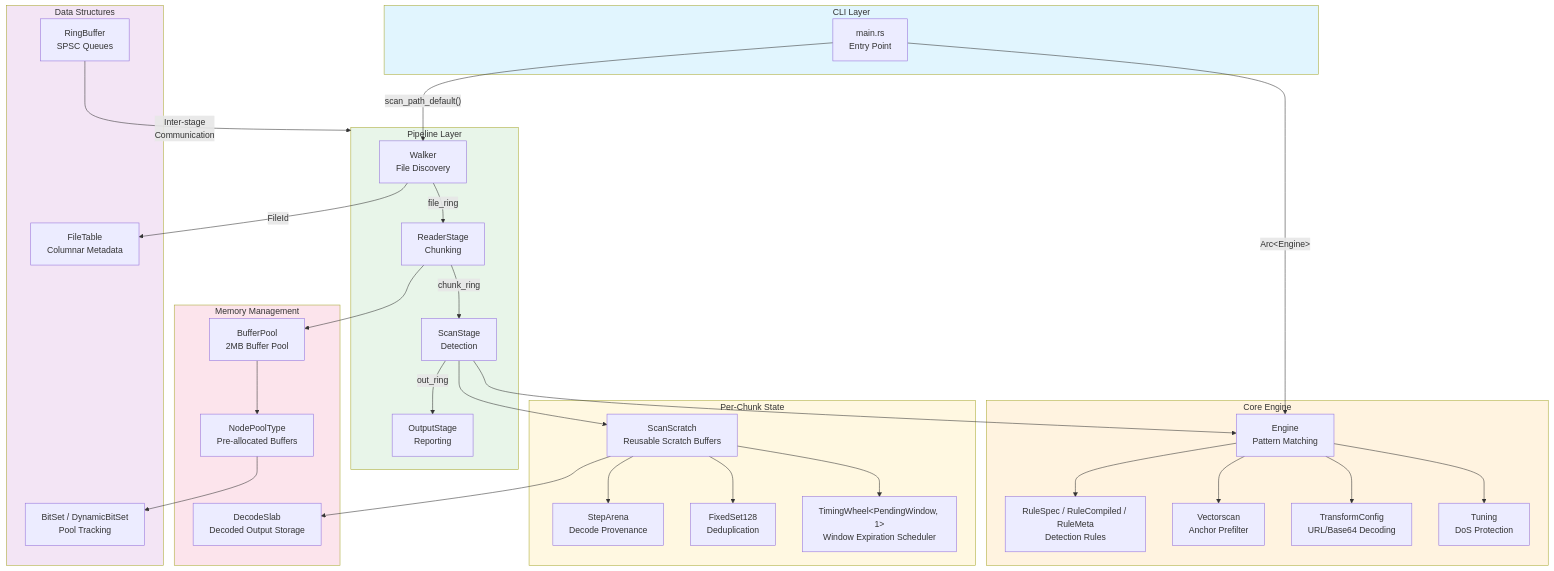
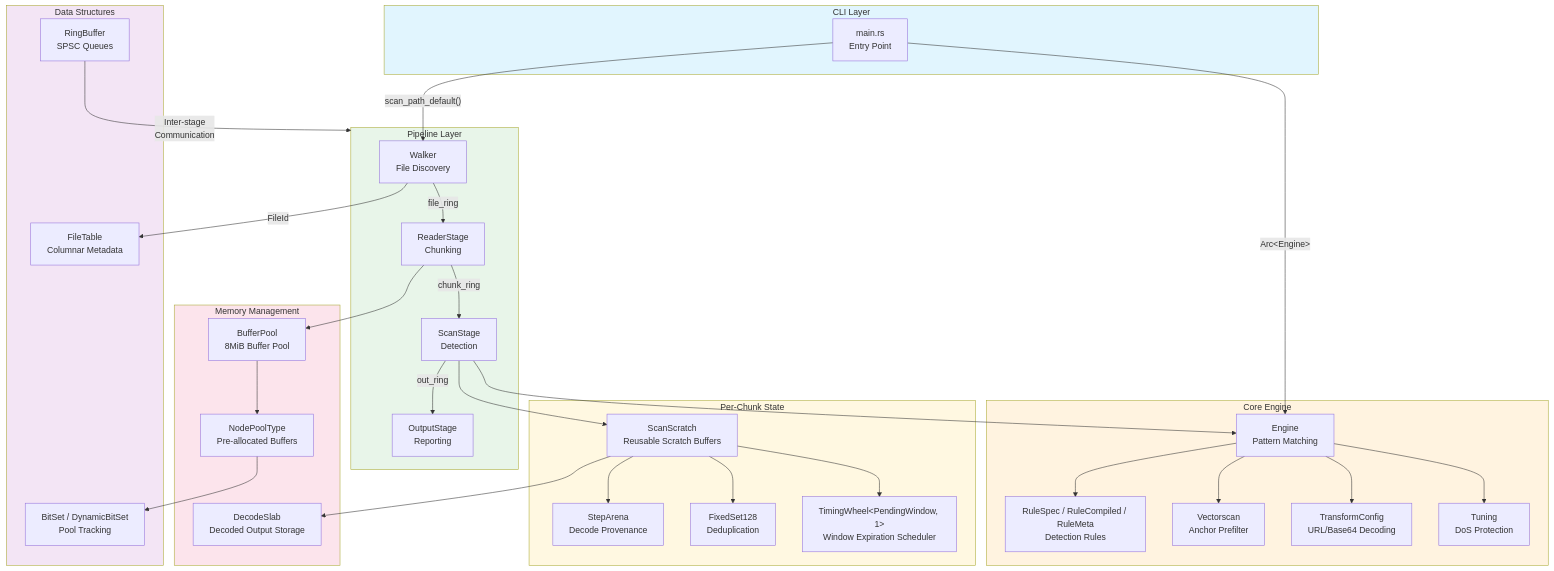
One commit to ahrav/scratch-scanner-rs changed the diagram in docs/architecture-overview.md. Above: the diagram before and after it, drawn with Mermaid. The commit also changed 11 other files, not shown here.

````diff
--- a/docs/architecture-overview.md
+++ b/docs/architecture-overview.md
@@ -5,73 +5,73 @@
 ```mermaid
 graph TB
     subgraph CLI["CLI Layer"]
         Main["main.rs<br/>Entry Point"]
     end
 
     subgraph Core["Core Engine"]
         Engine["Engine<br/>Pattern Matching"]
         Rules["RuleSpec / RuleCompiled / RuleMeta<br/>Detection Rules"]
         VS["Vectorscan<br/>Anchor Prefilter"]
         Transforms["TransformConfig<br/>URL/Base64 Decoding"]
         Tuning["Tuning<br/>DoS Protection"]
     end
 
     subgraph Pipeline["Pipeline Layer"]
         Walker["Walker<br/>File Discovery"]
         Reader["ReaderStage<br/>Chunking"]
         Scanner["ScanStage<br/>Detection"]
         Output["OutputStage<br/>Reporting"]
     end
 
     subgraph Memory["Memory Management"]
-        BufferPool["BufferPool<br/>2MB Buffer Pool"]
+        BufferPool["BufferPool<br/>8MiB Buffer Pool"]
         NodePool["NodePoolType<br/>Pre-allocated Buffers"]
         DecodeSlab["DecodeSlab<br/>Decoded Output Storage"]
     end
 
     subgraph DataStructures["Data Structures"]
         RingBuffer["RingBuffer<br/>SPSC Queues"]
         BitSet["BitSet / DynamicBitSet<br/>Pool Tracking"]
         FileTable["FileTable<br/>Columnar Metadata"]
     end
 
     subgraph State["Per-Chunk State"]
         ScanScratch["ScanScratch<br/>Reusable Scratch Buffers"]
         StepArena["StepArena<br/>Decode Provenance"]
         FixedSet128["FixedSet128<br/>Deduplication"]
         TimingWheel["TimingWheel&lt;PendingWindow, 1&gt;<br/>Window Expiration Scheduler"]
     end
 
     Main --> |"Arc&lt;Engine&gt;"| Engine
     Main --> |"scan_path_default()"| Walker
 
     Engine --> Rules
     Engine --> VS
     Engine --> Transforms
     Engine --> Tuning
 
     Walker --> |"FileId"| FileTable
     Walker --> |"file_ring"| Reader
     Reader --> |"chunk_ring"| Scanner
     Scanner --> |"out_ring"| Output
 
     Reader --> BufferPool
     BufferPool --> NodePool
     NodePool --> BitSet
 
     Scanner --> Engine
     Scanner --> ScanScratch
     ScanScratch --> DecodeSlab
     ScanScratch --> StepArena
     ScanScratch --> FixedSet128
     ScanScratch --> TimingWheel
 
     RingBuffer --> |"Inter-stage<br/>Communication"| Pipeline
 
     style CLI fill:#e1f5fe
     style Core fill:#fff3e0
     style Pipeline fill:#e8f5e9
     style Memory fill:#fce4ec
     style DataStructures fill:#f3e5f5
     style State fill:#fff8e1
 ```
````
